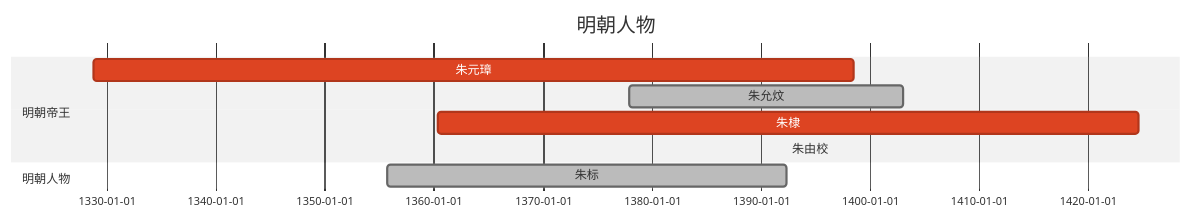
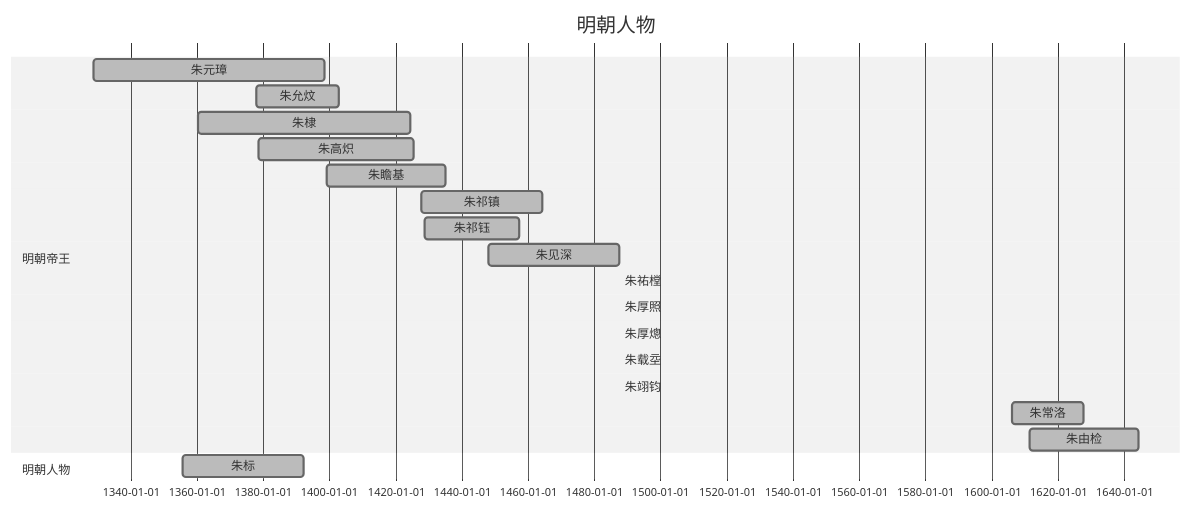
One commit to pemglee/HistoryNotes changed the second of 2 diagrams in NoteList.md. Above: the diagram before and after it, drawn with Mermaid (neutral theme). The commit also changed other lines of this file, not shown here.

Commit message:
update for Ming King's Gannt

````diff
--- a/NoteList.md
+++ b/NoteList.md
@@ -42,17 +43,28 @@
 ```mermaid
 gantt
 dateFormat YYYY-MM-DD
 title 明朝人物
 
 section 明朝帝王
-朱元璋: crit, , 1328-10-21, 1398-06-24
+朱元璋: done, , 1328-10-21, 1398-06-24
 朱允炆: done, , 1377-12-05, 1402-12-31
-朱棣: crit, , 1360-05-02, 1424-08-12
-朱由校: crit, 
+朱棣: done, , 1360-05-02, 1424-08-12
+朱高炽: done, 1378-08-16, 1425-05-29
+朱瞻基: done, 1399-03-16, 1435-01-31
+朱祁镇: done, 1427-11-29, 1464-02-23
+朱祁钰: done, 1428-09-11, 1457-03-14
+朱见深: done, 1447-12-09, 1487-09-09
+朱祐樘: done,
+朱厚照: done,
+朱厚熜: done,
+朱载坖: done,
+朱翊钧: done,
+朱常洛: done, 1605-12-23, 1627-09-30
+朱由检: done, 1611-06-02, 1644-04-25
 
 section 明朝人物
 朱标: done, , 1355-10-10, 1392-05-17
 
 section 外藩
 
 ```
````
